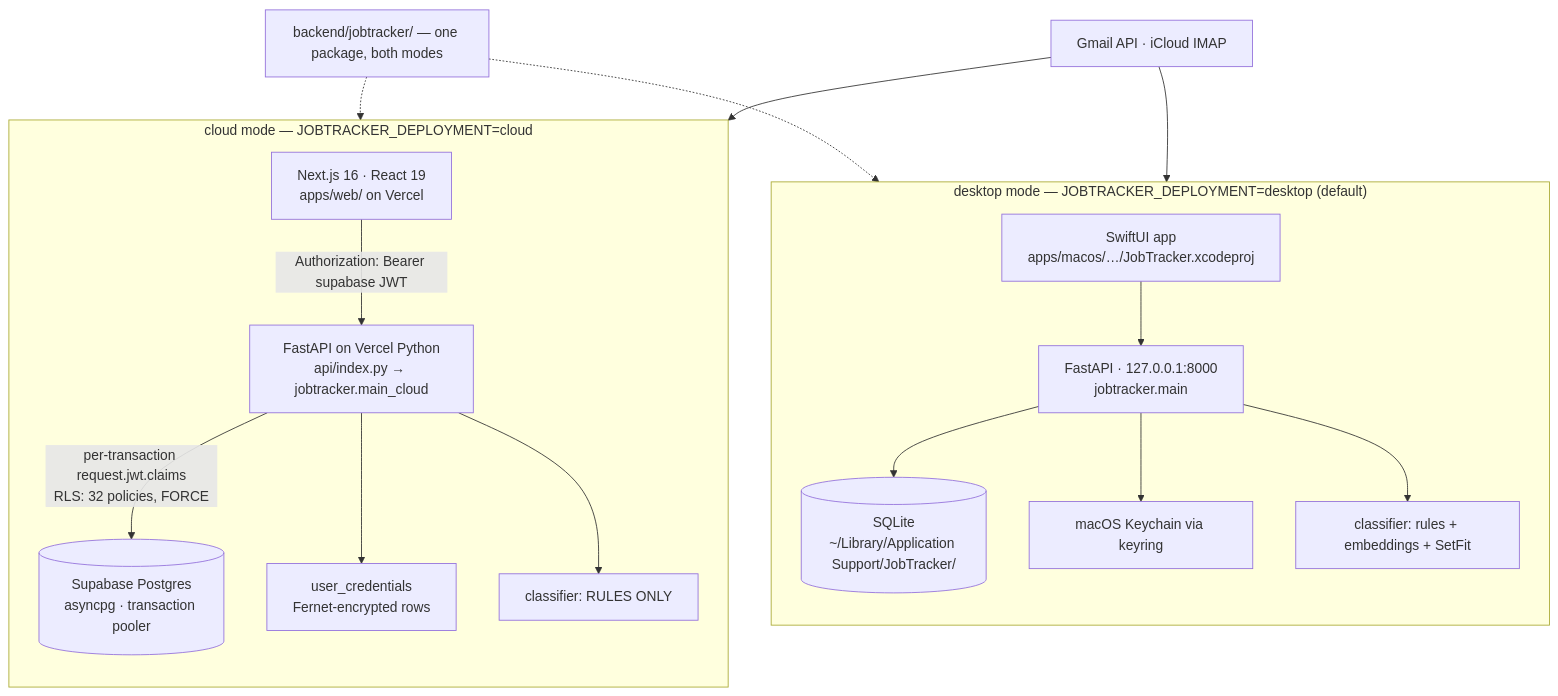
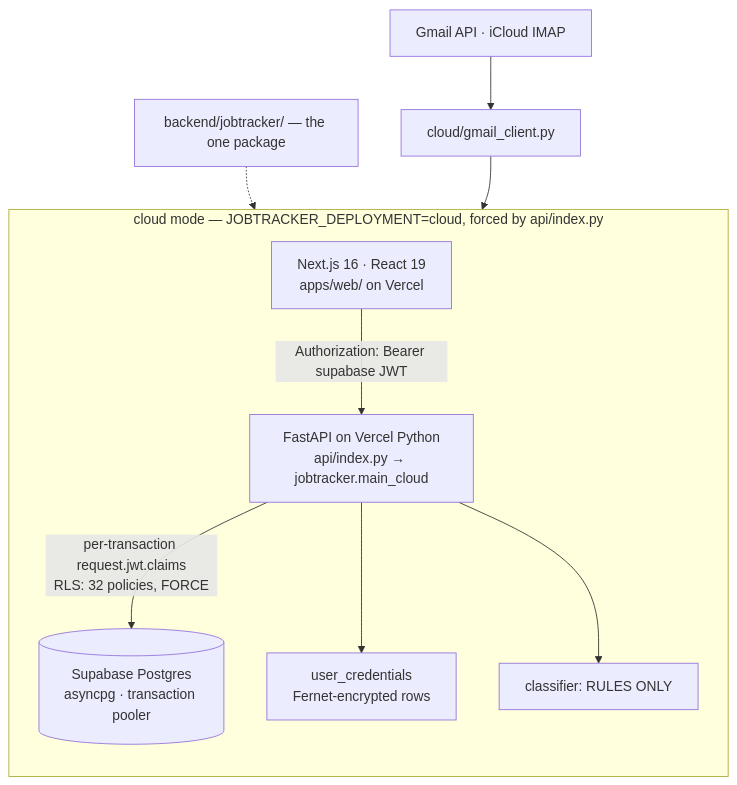
One commit to BARC1999/applied-ai changed the second of 3 diagrams in README.md. Above: the diagram before and after it, drawn with Mermaid. The commit also changed other lines of this file and 94 other files, not shown here.

First line of the commit message:
chore: delete apps/macos and the unmounted desktop routers (#298)

````diff
--- a/README.md
+++ b/README.md
@@ -115,35 +117,21 @@
 ```mermaid
 flowchart TB
-    subgraph Desktop["desktop mode — JOBTRACKER_DEPLOYMENT=desktop (default)"]
-        direction TB
-        Swift["SwiftUI app<br/>apps/macos/…/JobTracker.xcodeproj"]
-        Local["FastAPI · 127.0.0.1:8000<br/>jobtracker.main"]
-        SQLite[("SQLite<br/>~/Library/Application Support/JobTracker/")]
-        Keychain["macOS Keychain via keyring"]
-        Full["classifier: rules + embeddings + SetFit"]
-        Swift --> Local
-        Local --> SQLite
-        Local --> Keychain
-        Local --> Full
-    end
-
-    subgraph Cloud["cloud mode — JOBTRACKER_DEPLOYMENT=cloud"]
+    subgraph Cloud["cloud mode — JOBTRACKER_DEPLOYMENT=cloud, forced by api/index.py"]
         direction TB
         Web["Next.js 16 · React 19<br/>apps/web/ on Vercel"]
         Fn["FastAPI on Vercel Python<br/>api/index.py → jobtracker.main_cloud"]
         PG[("Supabase Postgres<br/>asyncpg · transaction pooler")]
         Fernet["user_credentials<br/>Fernet-encrypted rows"]
         Rules["classifier: RULES ONLY"]
         Web -->|"Authorization: Bearer supabase JWT"| Fn
         Fn -->|"per-transaction request.jwt.claims<br/>RLS: 32 policies, FORCE"| PG
         Fn --> Fernet
         Fn --> Rules
     end
 
-    Pkg["backend/jobtracker/ — one package, both modes"]
-    Pkg -.-> Local
+    Pkg["backend/jobtracker/ — the one package"]
     Pkg -.-> Fn
 
-    Mail["Gmail API · iCloud IMAP"] --> Local
-    Mail --> Fn
+    Mail["Gmail API · iCloud IMAP"] --> Mailfetch["cloud/gmail_client.py"]
+    Mailfetch --> Fn
 ```
````
